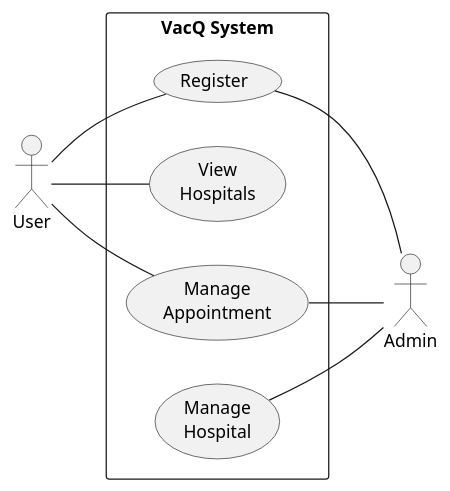
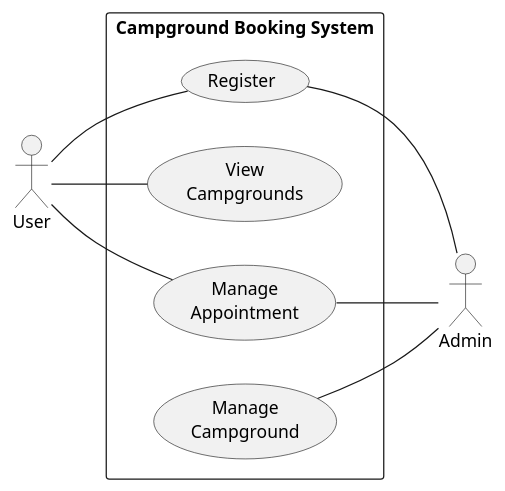
Before and after one commit to FaiiFaiipuipui/CEDT_Y1T2_backend-campgroundbooking: the diagram in diagram/VacQusecase.puml, drawn with PlantUML.

Commit message:
Add use case diagram

```diff
--- a/diagram/VacQusecase.puml
+++ b/diagram/VacQusecase.puml
@@ -1,20 +1,20 @@
-@startuml VacQ System Use Case Diagram
+@startuml Campground Booking System Use Case Diagram
 left to right direction
 actor "User" as user
-rectangle "VacQ System" as VacQSystem {    
+rectangle "Campground Booking System" as CampgroundSystem {
     usecase "Register" as register
-    usecase "View\nHospitals" as viewHospitals
+    usecase "View\nCampgrounds" as viewCampgrounds
     usecase "Manage\nAppointment" as manageAppt
-    usecase "Manage\nHospital" as manageHospital
+    usecase "Manage\nCampground" as manageCampground
 }
 
 user -- register
-user -- viewHospitals
+user -- viewCampgrounds
 user -- manageAppt
 
 actor "Admin" as admin
 register -- admin
-manageHospital -- admin
+manageCampground -- admin
 manageAppt -- admin
 
 @enduml
```
